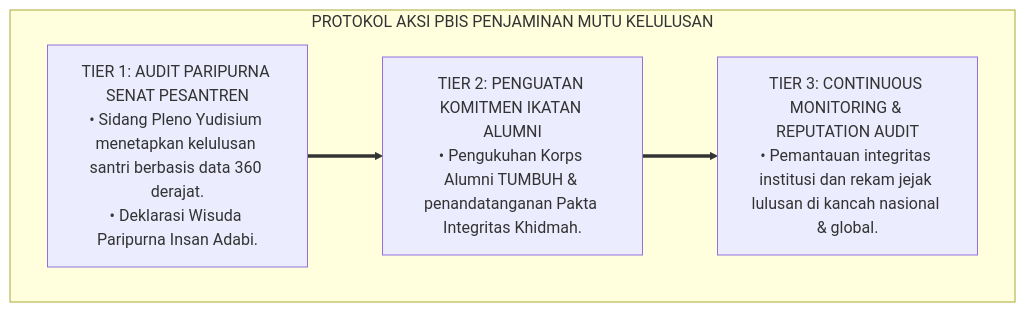
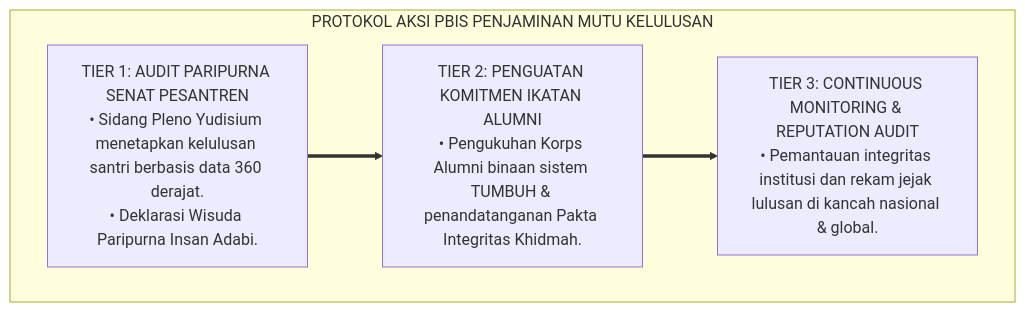
The eighth of 8 diagrams in 04 Progression Framework/06 Graduation Standards/P4-06-06-Sintesis-dan-Validasi-Graduation-Standards.md (wandiapriliyandi/tumbuh), drawn with Mermaid before and after one commit. The commit also changed other lines of this file and 605 other files, not shown here.

Commit message:
refactor: standarisasi penyebutan TUMBUH sebagai sistem pembinaan pesantren di seluruh naskah

````diff
--- a/04 Progression Framework/06 Graduation Standards/P4-06-06-Sintesis-dan-Validasi-Graduation-Standards.md
+++ b/04 Progression Framework/06 Graduation Standards/P4-06-06-Sintesis-dan-Validasi-Graduation-Standards.md
@@ -231,12 +231,12 @@
 ```mermaid
 flowchart TD
     subgraph PBISSintesisKelulusan["PROTOKOL AKSI PBIS PENJAMINAN MUTU KELULUSAN"]
         T1["TIER 1: AUDIT PARIPURNA SENAT PESANTREN<br/>• Sidang Pleno Yudisium menetapkan kelulusan santri berbasis data 360 derajat.<br/>• Deklarasi Wisuda Paripurna Insan Adabi."]
         
-        T2["TIER 2: PENGUATAN KOMITMEN IKATAN ALUMNI<br/>• Pengukuhan Korps Alumni TUMBUH & penandatanganan Pakta Integritas Khidmah."]
+        T2["TIER 2: PENGUATAN KOMITMEN IKATAN ALUMNI<br/>• Pengukuhan Korps Alumni binaan sistem TUMBUH & penandatanganan Pakta Integritas Khidmah."]
         
         T3["TIER 3: CONTINUOUS MONITORING & REPUTATION AUDIT<br/>• Pemantauan integritas institusi dan rekam jejak lulusan di kancah nasional & global."]
         
         T1 ==> T2 ==> T3
     end
 ```
````
